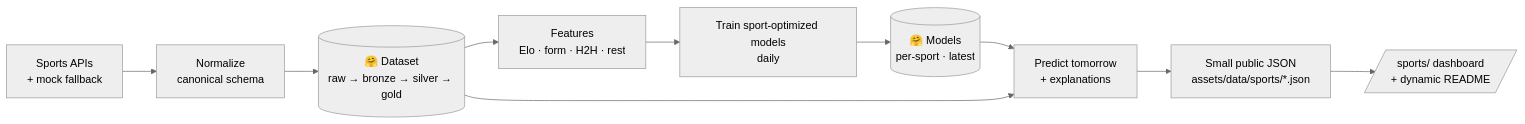
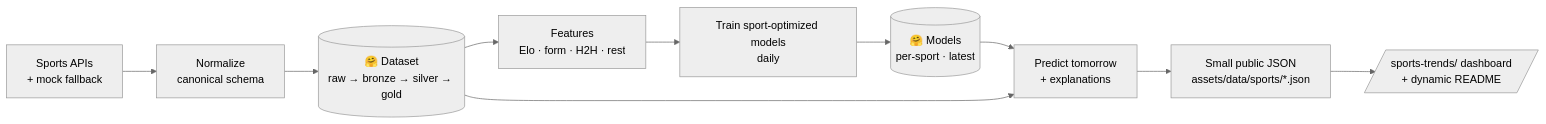
Before and after one commit to ruslanmv/sports-trends: the diagram in README.md, drawn with Mermaid (neutral theme). The commit also changed other lines of this file and 39 other files, not shown here.

````diff
--- a/README.md
+++ b/README.md
@@ -105,12 +105,12 @@
 ```mermaid
 flowchart LR
   A[Sports APIs<br/>+ mock fallback] --> B[Normalize<br/>canonical schema]
   B --> C[(🤗 Dataset<br/>raw → bronze → silver → gold)]
   C --> D[Features<br/>Elo · form · H2H · rest]
   D --> E[Train sport-optimized models<br/>daily]
   E --> F[(🤗 Models<br/>per-sport · latest)]
   F --> G[Predict tomorrow<br/>+ explanations]
   C --> G
   G --> H[Small public JSON<br/>assets/data/sports/*.json]
-  H --> I[/sports/ dashboard<br/>+ dynamic README/]
+  H --> I[/sports-trends/ dashboard<br/>+ dynamic README/]
 ```
````
